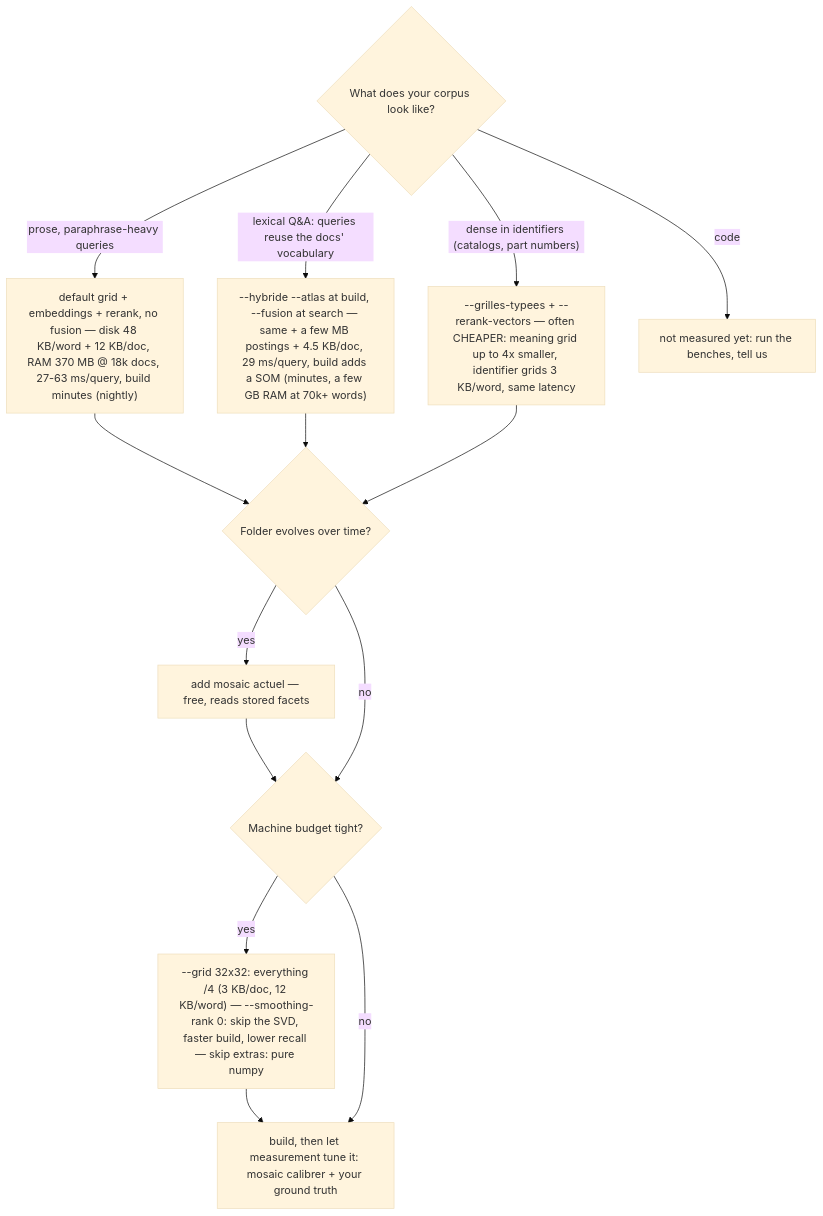
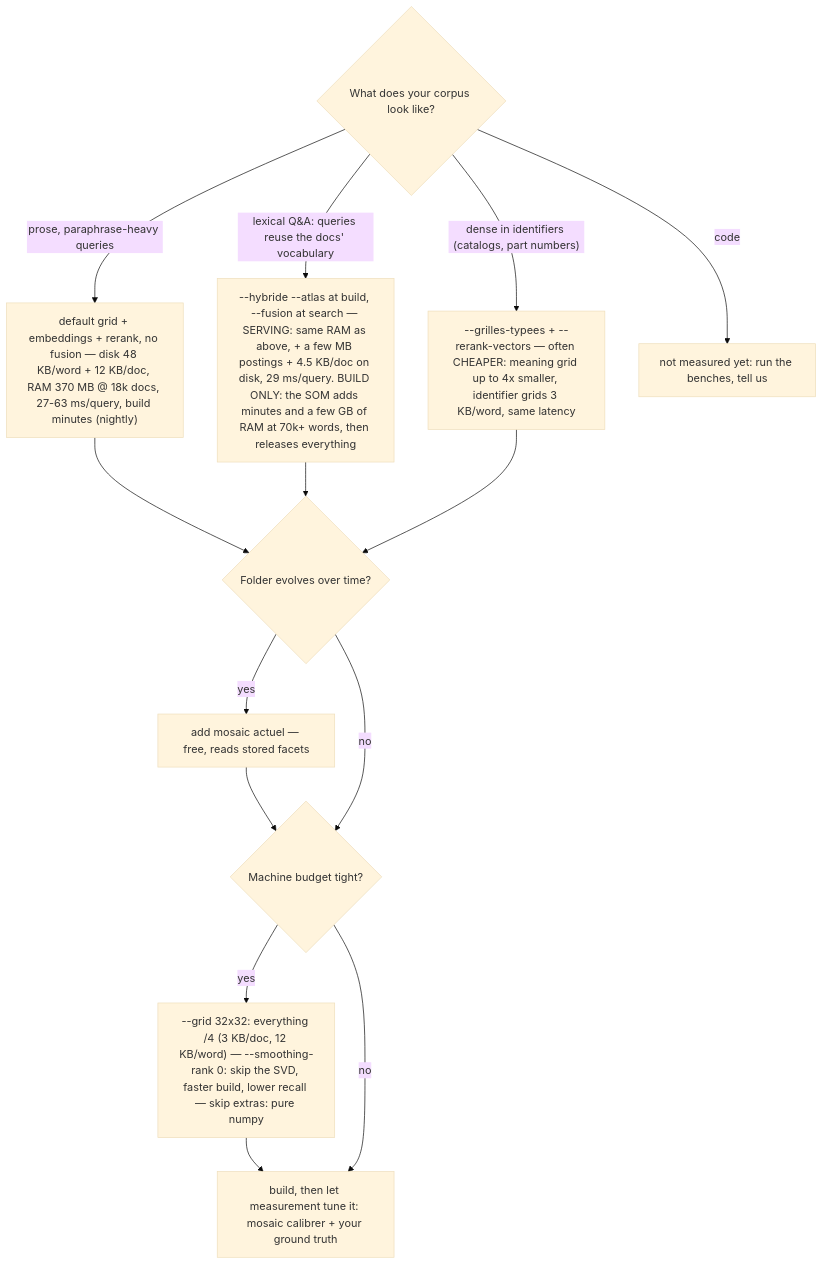
One commit to alexxb2mg-svg/Mosaic changed the diagram in README.md. Above: the diagram before and after it, drawn with Mermaid (base theme).

Commit message:
docs(readme): SOM cost labeled BUILD ONLY in the decision graph
'a few GB RAM' could read as a standing cost — it is a build-time peak that
releases everything once the index is written; serving RAM is unchanged. The
node now separates SERVING and BUILD ONLY explicitly.

````diff
--- a/README.md
+++ b/README.md
@@ -76,15 +76,15 @@
 ```mermaid
 flowchart TD
     Q{"What does your corpus look like?"}
     Q -->|"prose, paraphrase-heavy queries"| A["default grid + embeddings + rerank, no fusion — disk 48 KB/word + 12 KB/doc, RAM 370 MB @ 18k docs, 27-63 ms/query, build minutes (nightly)"]
-    Q -->|"lexical Q&A: queries reuse the docs' vocabulary"| B["--hybride --atlas at build, --fusion at search — same + a few MB postings + 4.5 KB/doc, 29 ms/query, build adds a SOM (minutes, a few GB RAM at 70k+ words)"]
+    Q -->|"lexical Q&A: queries reuse the docs' vocabulary"| B["--hybride --atlas at build, --fusion at search — SERVING: same RAM as above, + a few MB postings + 4.5 KB/doc on disk, 29 ms/query. BUILD ONLY: the SOM adds minutes and a few GB of RAM at 70k+ words, then releases everything"]
     Q -->|"dense in identifiers (catalogs, part numbers)"| C["--grilles-typees + --rerank-vectors — often CHEAPER: meaning grid up to 4x smaller, identifier grids 3 KB/word, same latency"]
     Q -->|"code"| U["not measured yet: run the benches, tell us"]
     A --> T{"Folder evolves over time?"}
     B --> T
     C --> T
     T -->|"yes"| V["add mosaic actuel — free, reads stored facets"] --> M
     T -->|"no"| M{"Machine budget tight?"}
     M -->|"yes"| S["--grid 32x32: everything /4 (3 KB/doc, 12 KB/word) — --smoothing-rank 0: skip the SVD, faster build, lower recall — skip extras: pure numpy"] --> DONE
     M -->|"no"| DONE["build, then let measurement tune it: mosaic calibrer + your ground truth"]
 ```
````
